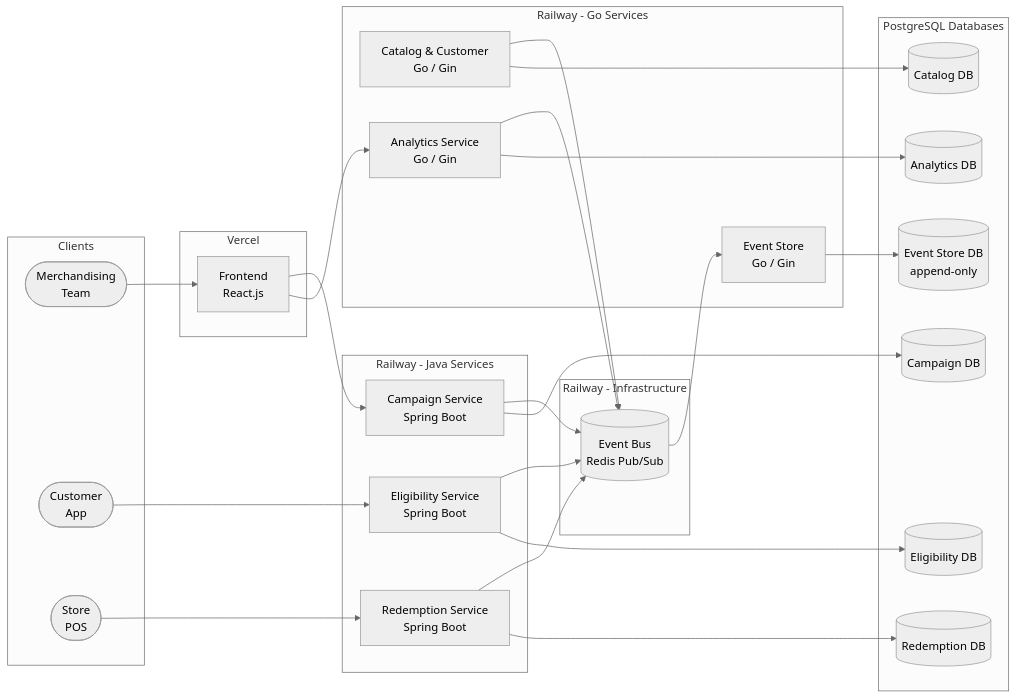
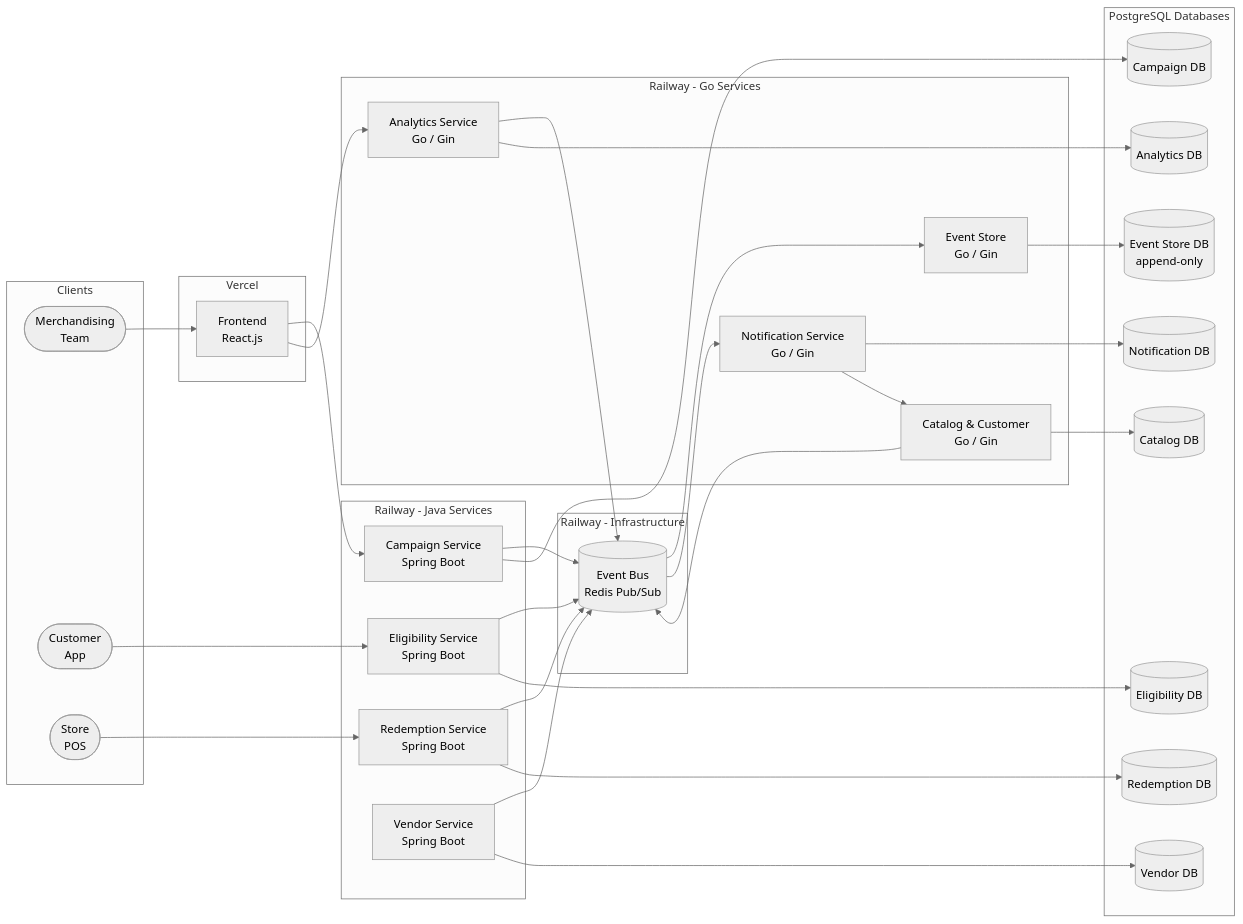
Before and after one commit to PromotionOS/Docs: the second of 22 diagrams in architecture.md, drawn with Mermaid (neutral theme). The commit also changed other lines of this file and 60 other files, not shown here.

````diff
--- a/architecture.md
+++ b/architecture.md
@@ -89,59 +89,68 @@
 ```mermaid
 graph LR
     subgraph Clients
         MX(["Merchandising\nTeam"])
         CX(["Customer\nApp"])
         POS(["Store\nPOS"])
     end
 
     subgraph Vercel
         FE["Frontend\nReact.js"]
     end
 
     subgraph Railway - Java Services
         CS["Campaign Service\nSpring Boot"]
         ES["Eligibility Service\nSpring Boot"]
         RS["Redemption Service\nSpring Boot"]
+        VS["Vendor Service\nSpring Boot"]
     end
 
     subgraph Railway - Go Services
         CCS["Catalog & Customer\nGo / Gin"]
         AS["Analytics Service\nGo / Gin"]
         EVS["Event Store\nGo / Gin"]
+        NS["Notification Service\nGo / Gin"]
     end
 
     subgraph Railway - Infrastructure
         EB[("Event Bus\nRedis Pub/Sub")]
     end
 
     subgraph PostgreSQL Databases
         DB1[("Campaign DB")]
         DB2[("Eligibility DB")]
         DB3[("Catalog DB")]
         DB4[("Redemption DB")]
         DB5[("Analytics DB")]
         DB6[("Event Store DB\nappend-only")]
+        DB7[("Notification DB")]
+        DB8[("Vendor DB")]
     end
 
     MX --> FE
     CX --> ES
     POS --> RS
 
     FE --> CS
     FE --> AS
 
     CS --> EB
     ES --> EB
     RS --> EB
     CCS --> EB
     AS --> EB
+    VS --> EB
 
     EB --> EVS
+    EB --> NS
 
     CS --> DB1
     ES --> DB2
     CCS --> DB3
     RS --> DB4
     AS --> DB5
     EVS --> DB6
+    NS --> DB7
+    VS --> DB8
+    NS --> CCS
 ```
````
